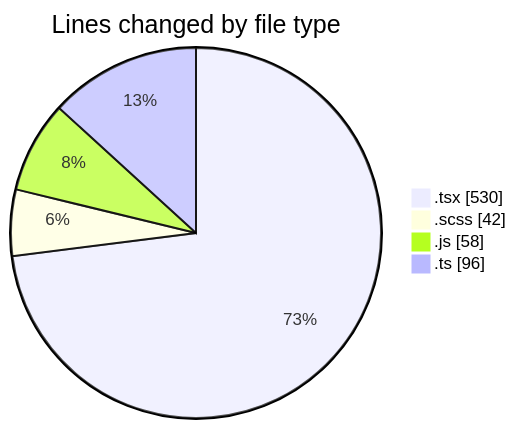
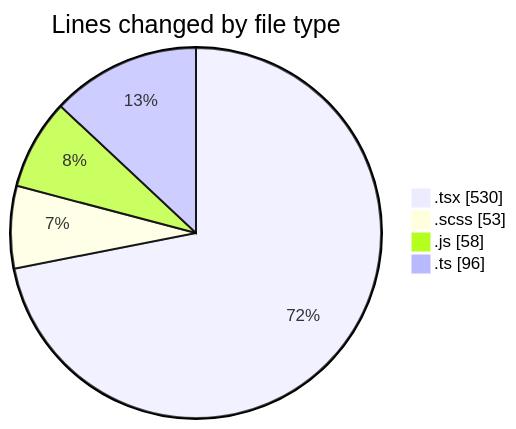
The first of 2 diagrams in 2025-05-02/cda/README.md (momahboobian/code-tracking), drawn with Mermaid before and after one commit. The commit also changed other lines of this file and 1 other file, not shown here.

````diff
--- a/2025-05-02/cda/README.md
+++ b/2025-05-02/cda/README.md
@@ -25,8 +25,8 @@
 ```mermaid
 pie showData
 title Lines changed by file type
 ".tsx" : 530
-".scss" : 42
+".scss" : 53
 ".js" : 58
 ".ts" : 96
 ```
````
